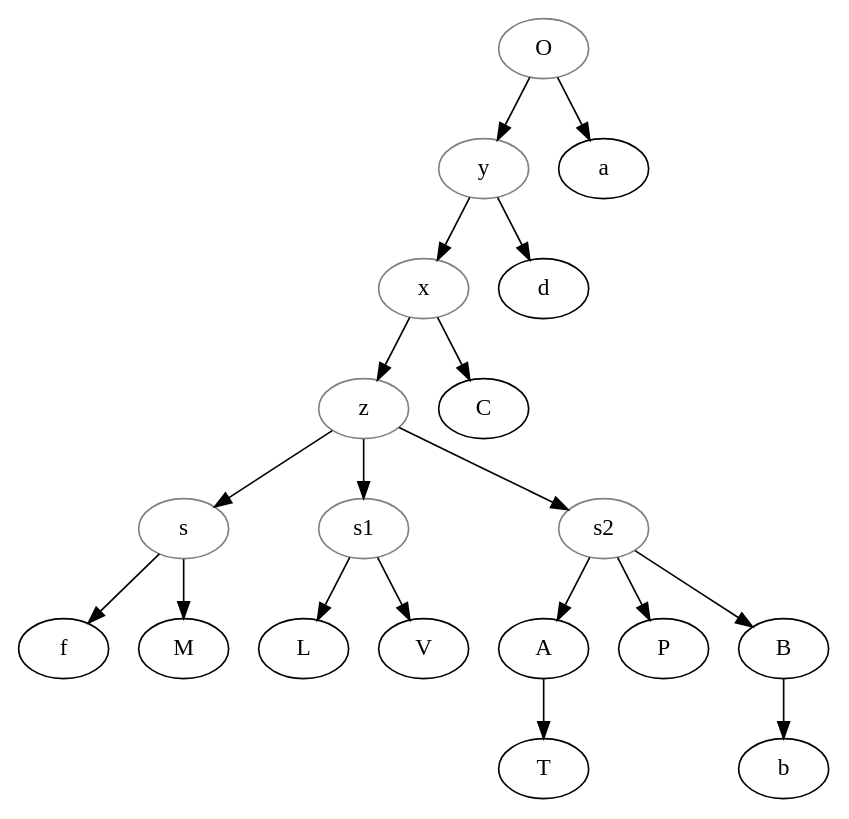
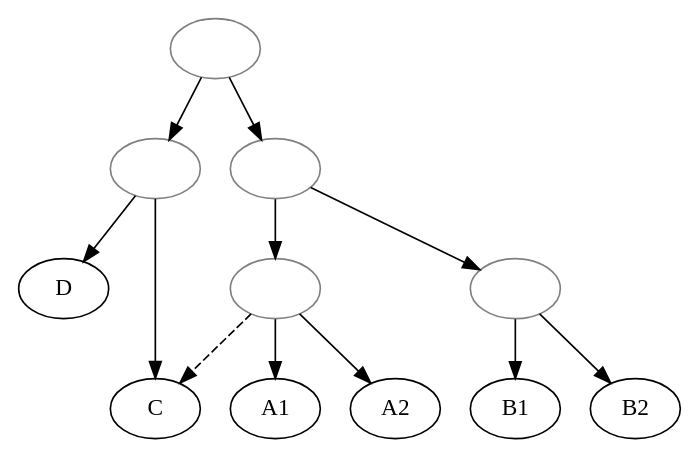
Before and after one commit to OpenStemmata/database: the diagram in data/fro/Henry_1935_NA/stemma.gv, drawn with Graphviz. The commit also changed 65 other files, not shown here.

```diff
--- a/data/fro/Henry_1935_NA/stemma.gv
+++ b/data/fro/Henry_1935_NA/stemma.gv
@@ -1,27 +1,18 @@
 digraph {
-O[color="grey"];
-s[color="grey"];
-s1[color="grey"];
-s2[color="grey"];
-x[color="grey"];
-y[color="grey"];
-z[color="grey"];
-O->a;
-O->y;
-y->x;
-x->z;
-z->s;
-s->f;
-s->M;
-z->s1;
-s1->L;
-s1->V;
-z->s2;
-s2->A;
-A->T;
-s2->P;
-s2->B;
-B->b;
-x->C;
-y->d;
+1[label="", color="grey"];
+2[label="", color="grey"];
+3[label="", color="grey"];
+4[label="", color="grey"];
+5[label="", color="grey"];
+1->2;
+2->D;
+2->C;
+1->3;
+3->4;
+4->C[style=dashed];
+4->A1;
+4->A2;
+3->5;
+5->B1;
+5->B2;
 }
```
